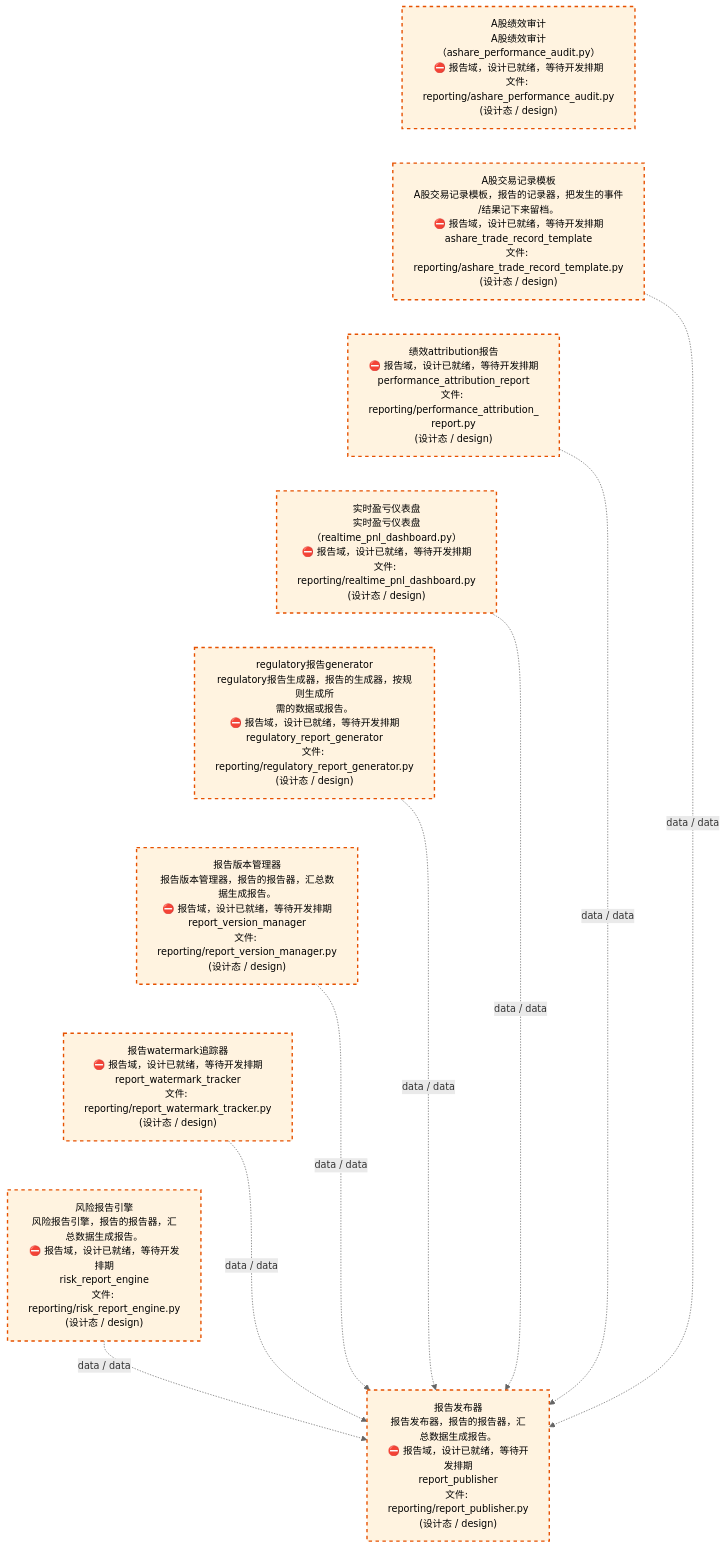
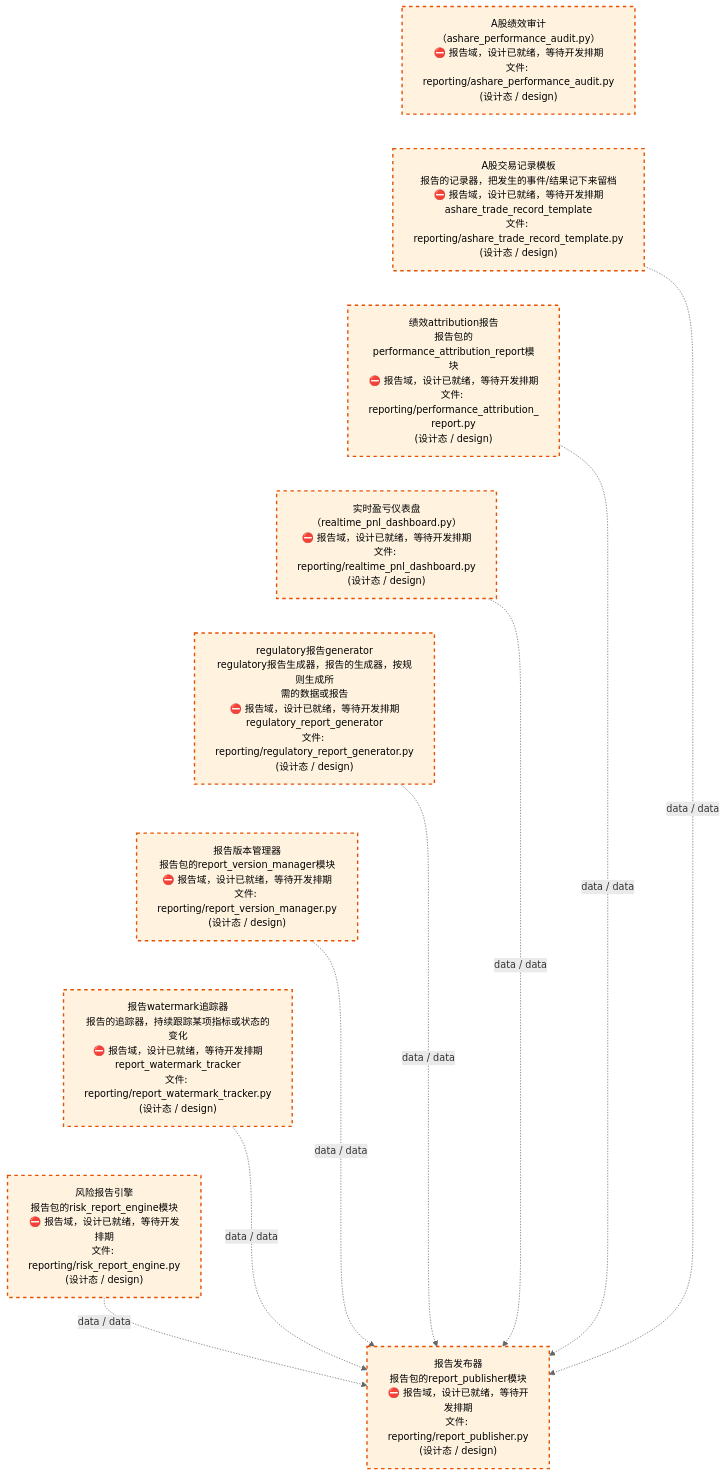
One commit to xuanFelixVan/ZephyrAlpha changed the third of 4 diagrams in docs/02_enterprise_architecture/02_domain_architecture_docs/26_d_reporting.md. Above: the diagram before and after it, drawn with Mermaid. The commit also changed other lines of this file and 62 other files, not shown here.

````diff
--- a/docs/02_enterprise_architecture/02_domain_architecture_docs/26_d_reporting.md
+++ b/docs/02_enterprise_architecture/02_domain_architecture_docs/26_d_reporting.md
@@ -137,32 +137,32 @@
 ```mermaid
 %%{init: {'theme': 'base', 'themeVariables': {'primaryColor': '#eaeaea', 'primaryTextColor': '#333333', 'primaryBorderColor': '#666666', 'lineColor': '#666666', 'secondaryColor': '#eaeaea', 'tertiaryColor': '#eaeaea', 'fontSize': '14px'}}}%%
 flowchart TD
-    src_zephyr_reporting_ashare_performance_audit_py["A股绩效审计<br/>A股绩效审计（ashare_performance_audit.py）<br/>⛔ 报告域，设计已就绪，等待开发排期<br/>文件: reporting/ashare_performance_audit.py<br/>(设计态 / design)"]
-    src_zephyr_reporting_ashare_trade_record_template_py["A股交易记录模板<br/>A股交易记录模板，报告的记录器，把发生的事件<br/>/结果记下来留档。<br/>⛔ 报告域，设计已就绪，等待开发排期<br/>ashare_trade_record_template<br/>文件: reporting/ashare_trade_record_template.py<br/>(设计态 / design)"]
-    src_zephyr_reporting_performance_attribution_report_py["绩效attribution报告<br/>⛔ 报告域，设计已就绪，等待开发排期<br/>performance_attribution_report<br/>文件: reporting/performance_attribution_<br/>report.py<br/>(设计态 / design)"]
-    src_zephyr_reporting_realtime_pnl_dashboard_py["实时盈亏仪表盘<br/>实时盈亏仪表盘（realtime_pnl_dashboard.py）<br/>⛔ 报告域，设计已就绪，等待开发排期<br/>文件: reporting/realtime_pnl_dashboard.py<br/>(设计态 / design)"]
-    src_zephyr_reporting_regulatory_report_generator_py["regulatory报告generator<br/>regulatory报告生成器，报告的生成器，按规则生成所<br/>需的数据或报告。<br/>⛔ 报告域，设计已就绪，等待开发排期<br/>regulatory_report_generator<br/>文件: reporting/regulatory_report_generator.py<br/>(设计态 / design)"]
-    src_zephyr_reporting_report_version_manager_py["报告版本管理器<br/>报告版本管理器，报告的报告器，汇总数据生成报告。<br/>⛔ 报告域，设计已就绪，等待开发排期<br/>report_version_manager<br/>文件: reporting/report_version_manager.py<br/>(设计态 / design)"]
-    src_zephyr_reporting_report_watermark_tracker_py["报告watermark追踪器<br/>⛔ 报告域，设计已就绪，等待开发排期<br/>report_watermark_tracker<br/>文件: reporting/report_watermark_tracker.py<br/>(设计态 / design)"]
-    src_zephyr_reporting_risk_report_engine_py["风险报告引擎<br/>风险报告引擎，报告的报告器，汇总数据生成报告。<br/>⛔ 报告域，设计已就绪，等待开发排期<br/>risk_report_engine<br/>文件: reporting/risk_report_engine.py<br/>(设计态 / design)"]
+    src_zephyr_reporting_ashare_performance_audit_py["A股绩效审计<br/>（ashare_performance_audit.py）<br/>⛔ 报告域，设计已就绪，等待开发排期<br/>文件: reporting/ashare_performance_audit.py<br/>(设计态 / design)"]
+    src_zephyr_reporting_ashare_trade_record_template_py["A股交易记录模板<br/>报告的记录器，把发生的事件/结果记下来留档<br/>⛔ 报告域，设计已就绪，等待开发排期<br/>ashare_trade_record_template<br/>文件: reporting/ashare_trade_record_template.py<br/>(设计态 / design)"]
+    src_zephyr_reporting_performance_attribution_report_py["绩效attribution报告<br/>报告包的performance_attribution_report模块<br/>⛔ 报告域，设计已就绪，等待开发排期<br/>文件: reporting/performance_attribution_<br/>report.py<br/>(设计态 / design)"]
+    src_zephyr_reporting_realtime_pnl_dashboard_py["实时盈亏仪表盘<br/>（realtime_pnl_dashboard.py）<br/>⛔ 报告域，设计已就绪，等待开发排期<br/>文件: reporting/realtime_pnl_dashboard.py<br/>(设计态 / design)"]
+    src_zephyr_reporting_regulatory_report_generator_py["regulatory报告generator<br/>regulatory报告生成器，报告的生成器，按规则生成所<br/>需的数据或报告<br/>⛔ 报告域，设计已就绪，等待开发排期<br/>regulatory_report_generator<br/>文件: reporting/regulatory_report_generator.py<br/>(设计态 / design)"]
+    src_zephyr_reporting_report_version_manager_py["报告版本管理器<br/>报告包的report_version_manager模块<br/>⛔ 报告域，设计已就绪，等待开发排期<br/>文件: reporting/report_version_manager.py<br/>(设计态 / design)"]
+    src_zephyr_reporting_report_watermark_tracker_py["报告watermark追踪器<br/>报告的追踪器，持续跟踪某项指标或状态的变化<br/>⛔ 报告域，设计已就绪，等待开发排期<br/>report_watermark_tracker<br/>文件: reporting/report_watermark_tracker.py<br/>(设计态 / design)"]
+    src_zephyr_reporting_risk_report_engine_py["风险报告引擎<br/>报告包的risk_report_engine模块<br/>⛔ 报告域，设计已就绪，等待开发排期<br/>文件: reporting/risk_report_engine.py<br/>(设计态 / design)"]
     src_zephyr_reporting_ashare_performance_audit_py ~~~ src_zephyr_reporting_ashare_trade_record_template_py
     src_zephyr_reporting_ashare_trade_record_template_py ~~~ src_zephyr_reporting_performance_attribution_report_py
     src_zephyr_reporting_performance_attribution_report_py ~~~ src_zephyr_reporting_realtime_pnl_dashboard_py
     src_zephyr_reporting_realtime_pnl_dashboard_py ~~~ src_zephyr_reporting_regulatory_report_generator_py
     src_zephyr_reporting_regulatory_report_generator_py ~~~ src_zephyr_reporting_report_version_manager_py
     src_zephyr_reporting_report_version_manager_py ~~~ src_zephyr_reporting_report_watermark_tracker_py
     src_zephyr_reporting_report_watermark_tracker_py ~~~ src_zephyr_reporting_risk_report_engine_py
-    src_zephyr_reporting_report_publisher_py["报告发布器<br/>报告发布器，报告的报告器，汇总数据生成报告。<br/>⛔ 报告域，设计已就绪，等待开发排期<br/>report_publisher<br/>文件: reporting/report_publisher.py<br/>(设计态 / design)"]
+    src_zephyr_reporting_report_publisher_py["报告发布器<br/>报告包的report_publisher模块<br/>⛔ 报告域，设计已就绪，等待开发排期<br/>文件: reporting/report_publisher.py<br/>(设计态 / design)"]
     src_zephyr_reporting_ashare_trade_record_template_py -.->|data / data| src_zephyr_reporting_report_publisher_py
     src_zephyr_reporting_realtime_pnl_dashboard_py -.->|data / data| src_zephyr_reporting_report_publisher_py
     src_zephyr_reporting_regulatory_report_generator_py -.->|data / data| src_zephyr_reporting_report_publisher_py
     src_zephyr_reporting_risk_report_engine_py -.->|data / data| src_zephyr_reporting_report_publisher_py
     src_zephyr_reporting_report_version_manager_py -.->|data / data| src_zephyr_reporting_report_publisher_py
     src_zephyr_reporting_performance_attribution_report_py -.->|data / data| src_zephyr_reporting_report_publisher_py
     src_zephyr_reporting_report_watermark_tracker_py -.->|data / data| src_zephyr_reporting_report_publisher_py
     classDef production fill:#e1f5fe,stroke:#01579b,stroke-width:2px,color:#000
     classDef design fill:#fff3e0,stroke:#e65100,stroke-width:2px,color:#000,stroke-dasharray: 5 5
     classDef external_prod fill:#e8f4fd,stroke:#0277bd,stroke-width:1px,color:#000
     classDef external_design fill:#fff8e7,stroke:#ef6c00,stroke-width:1px,color:#000,stroke-dasharray: 5 5
     class src_zephyr_reporting_ashare_performance_audit_py,src_zephyr_reporting_ashare_trade_record_template_py,src_zephyr_reporting_performance_attribution_report_py,src_zephyr_reporting_realtime_pnl_dashboard_py,src_zephyr_reporting_regulatory_report_generator_py,src_zephyr_reporting_report_publisher_py,src_zephyr_reporting_report_version_manager_py,src_zephyr_reporting_report_watermark_tracker_py,src_zephyr_reporting_risk_report_engine_py design
 ```
````
